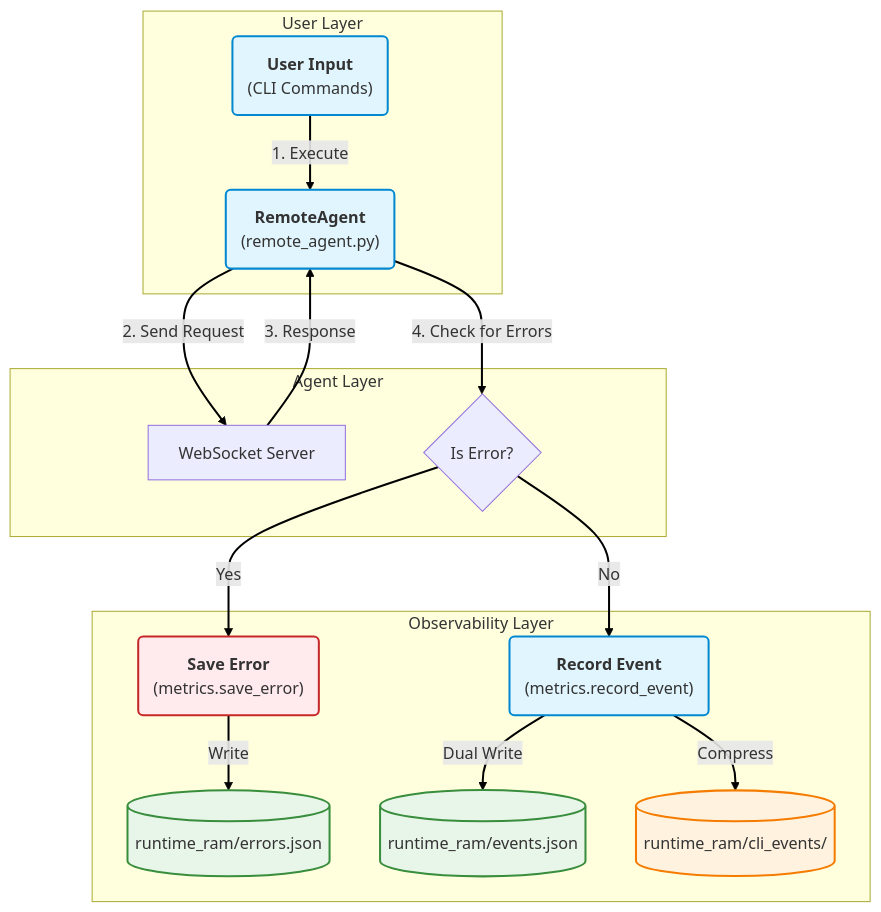
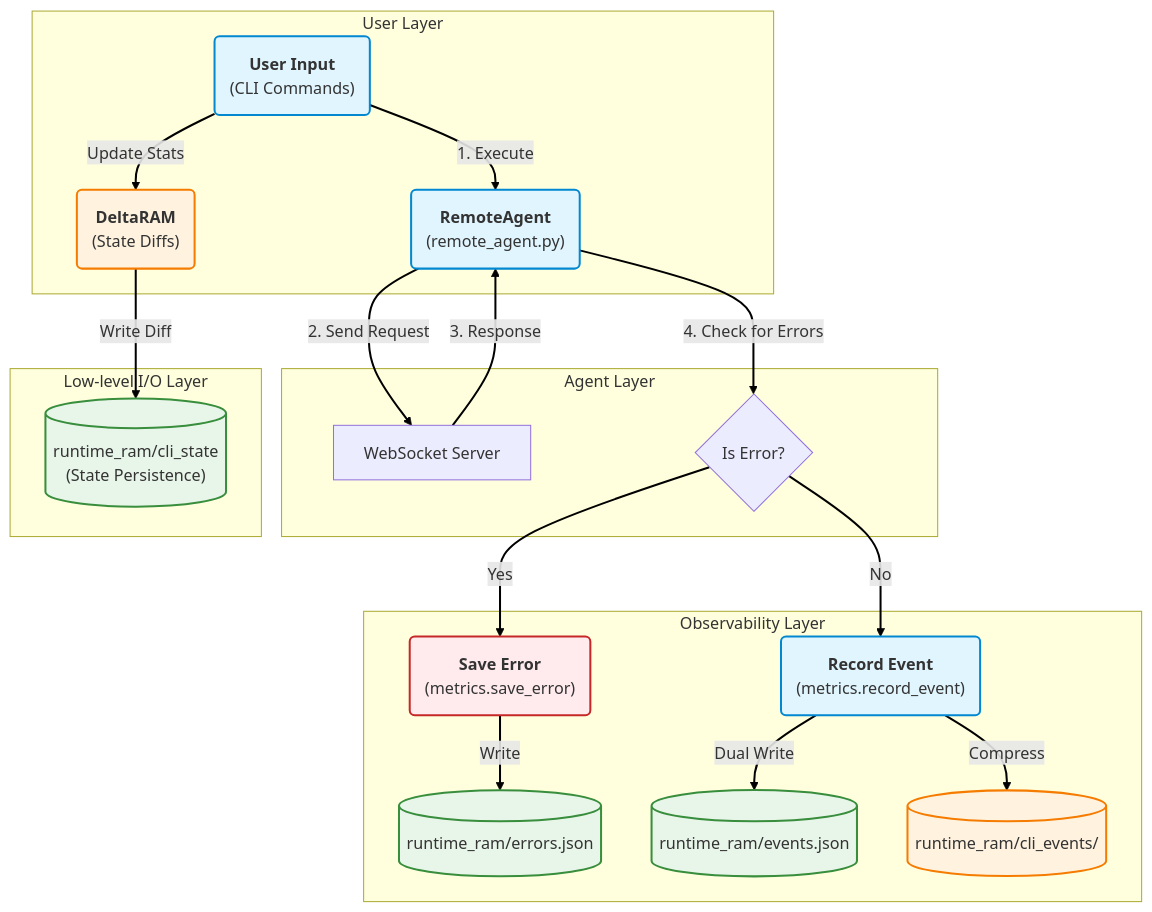
The diagram in docs/project_guide.md (Procedura-Corp/procedura), drawn with Mermaid before and after one commit. The commit also changed other lines of this file and 1 other file, not shown here.

````diff
--- a/docs/project_guide.md
+++ b/docs/project_guide.md
@@ -132,31 +145,36 @@
 ```mermaid
 graph TD
     %% Define Styles
     classDef process fill:#e1f5fe,stroke:#0288d1,stroke-width:2px;
     classDef storage fill:#fff3e0,stroke:#f57c00,stroke-width:2px;
     classDef io fill:#e8f5e9,stroke:#388e3c,stroke-width:2px;
     classDef error fill:#ffebee,stroke:#c62828,stroke-width:2px;
 
     subgraph User_Layer [User Layer]
         A("<b>User Input</b><br/>(CLI Commands)"):::process -->|1. Execute| B
+        A -->|Update Stats| Delta("<b>DeltaRAM</b><br/>(State Diffs)"):::storage
     end
 
     subgraph Agent_Layer [Agent Layer]
         B("<b>RemoteAgent</b><br/>(remote_agent.py)"):::process
         B -->|"2. Send Request"| Server["WebSocket Server"]
         Server -->|"3. Response"| B
         B -->|"4. Check for Errors"| ErrorCheck{Is Error?}
     end
 
     subgraph Observability_Layer [Observability Layer]
         ErrorCheck -- Yes --> LogError("<b>Save Error</b><br/>(metrics.save_error)"):::error
         ErrorCheck -- No --> LogEvent("<b>Record Event</b><br/>(metrics.record_event)"):::process
         
         LogError -->|"Write"| ErrorFile[("runtime_ram/errors.json")]:::io
         LogEvent -->|"Dual Write"| EventFile[("runtime_ram/events.json")]:::io
         LogEvent -->|"Compress"| BitStream[("runtime_ram/cli_events/")]:::storage
     end
 
+    subgraph IO_Layer [Low-level I/O Layer]
+        Delta -->|"Write Diff"| D_Out[("runtime_ram/cli_state<br/>(State Persistence)")]:::io
+    end
+
     %% Link Styles
     linkStyle default stroke-width:2px,fill:none,stroke:black;
 ```
````
